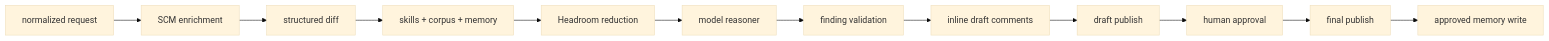
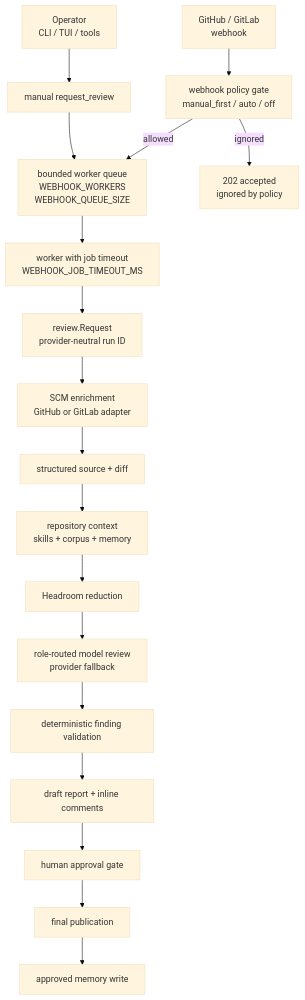
One commit to Y4NN777/7review changed the diagram in site/docs/architecture.md. Above: the diagram before and after it, drawn with Mermaid (base theme). The commit also changed other lines of this file and 9 other files, not shown here.

Commit message:
Improve documentation architecture and Pages workflow

````diff
--- a/site/docs/architecture.md
+++ b/site/docs/architecture.md
@@ -17,14 +33,20 @@
 ```mermaid
-flowchart LR
-    Request[normalized request] --> Enrich[SCM enrichment]
-    Enrich --> Diff[structured diff]
-    Diff --> Context[skills + corpus + memory]
-    Context --> Reduce[Headroom reduction]
-    Reduce --> Review[model reasoner]
-    Review --> Validate[finding validation]
-    Validate --> Inline[inline draft comments]
-    Inline --> Draft[draft publish]
-    Draft --> HIL[human approval]
-    HIL --> Final[final publish]
-    Final --> Memory[approved memory write]
+flowchart TB
+    Operator["Operator<br/>CLI / TUI / tools"] --> Manual["manual request_review"]
+    Webhook["GitHub / GitLab<br/>webhook"] --> Policy["webhook policy gate<br/>manual_first / auto / off"]
+    Manual --> Queue["bounded worker queue<br/>WEBHOOK_WORKERS<br/>WEBHOOK_QUEUE_SIZE"]
+    Policy -->|allowed| Queue
+    Policy -->|ignored| Ignored["202 accepted<br/>ignored by policy"]
+    Queue --> Worker["worker with job timeout<br/>WEBHOOK_JOB_TIMEOUT_MS"]
+    Worker --> Normalize["review.Request<br/>provider-neutral run ID"]
+    Normalize --> SCM["SCM enrichment<br/>GitHub or GitLab adapter"]
+    SCM --> Diff["structured source + diff"]
+    Diff --> Context["repository context<br/>skills + corpus + memory"]
+    Context --> Headroom["Headroom reduction"]
+    Headroom --> Orchestrator["role-routed model review<br/>provider fallback"]
+    Orchestrator --> Validate["deterministic finding validation"]
+    Validate --> Draft["draft report + inline comments"]
+    Draft --> Approval["human approval gate"]
+    Approval --> Final["final publication"]
+    Final --> Memory["approved memory write"]
 ```
````
